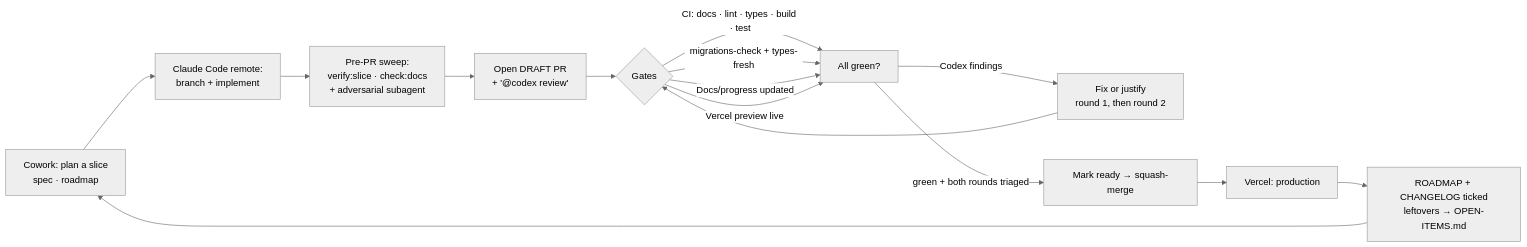
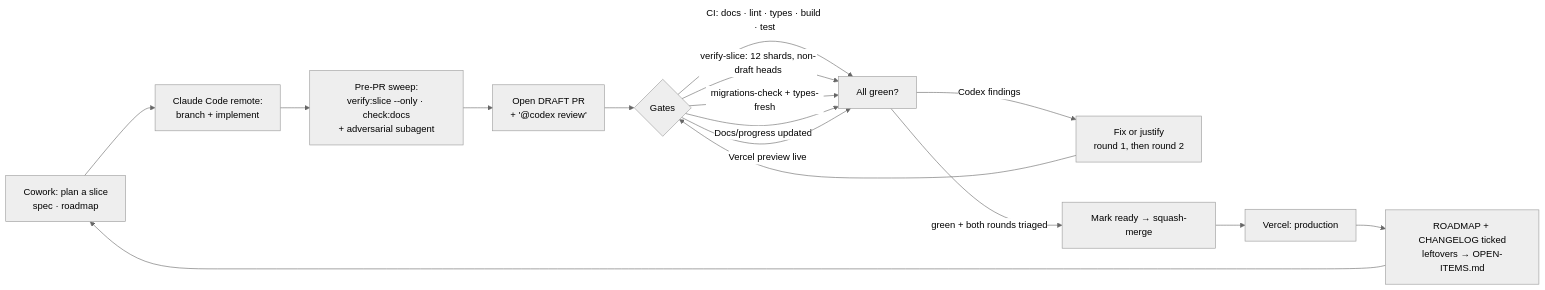
Before and after one commit to min-hinthar/mms-platform: the diagram in docs/WORKFLOW.md, drawn with Mermaid (neutral theme). The commit also changed other lines of this file and 25 other files, not shown here.

First line of the commit message:
ci: fit the merge gate in 30 min — verify:slice sharded into CI, lanes by change (#320)

````diff
--- a/docs/WORKFLOW.md
+++ b/docs/WORKFLOW.md
@@ -17,17 +17,18 @@
 ```mermaid
 flowchart LR
   A[Cowork: plan a slice<br/>spec · roadmap] --> B[Claude Code remote:<br/>branch + implement]
-  B --> S[Pre-PR sweep:<br/>verify:slice · check:docs<br/>+ adversarial subagent]
+  B --> S[Pre-PR sweep:<br/>verify:slice --only · check:docs<br/>+ adversarial subagent]
   S --> C[Open DRAFT PR<br/>+ '@codex review']
   C --> D{Gates}
   D -->|CI: docs · lint · types · build · test| E
+  D -->|verify-slice: 12 shards, non-draft heads| E
   D -->|migrations-check + types-fresh| E
   D -->|Docs/progress updated| E
   D -->|Vercel preview live| E[All green?]
   E -->|Codex findings| F[Fix or justify<br/>round 1, then round 2]
   F --> D
   E -->|green + both rounds triaged| G[Mark ready → squash-merge]
   G --> H[Vercel: production]
   H --> I[ROADMAP + CHANGELOG ticked<br/>leftovers → OPEN-ITEMS.md]
     I --> A
 ```
````
